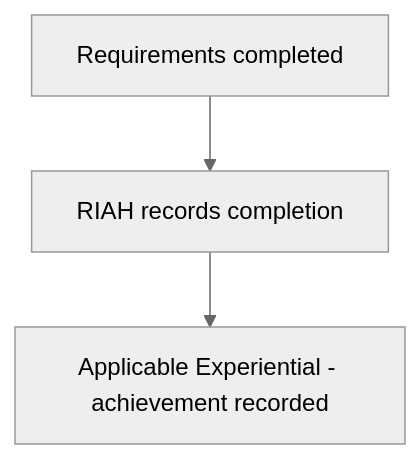
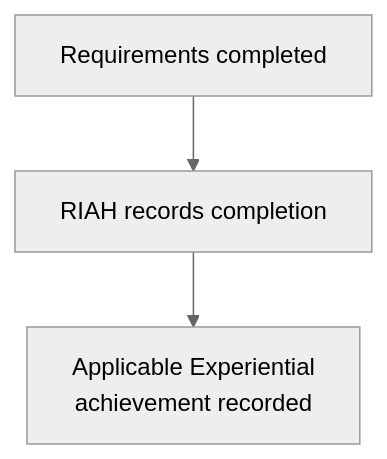
Before and after one commit to RIAHPathway/Website-Draft: the ninth of 18 diagrams in RIAH-PATHWAY-EXPERIENTIAL-STRUCTURE/EXPERIENTIAL-STRUCTURE.md, drawn with Mermaid (neutral theme). The commit also changed other lines of this file, not shown here.

Commit message:
Fix Mermaid rendering in experiential structure

````diff
--- a/RIAH-PATHWAY-EXPERIENTIAL-STRUCTURE/EXPERIENTIAL-STRUCTURE.md
+++ b/RIAH-PATHWAY-EXPERIENTIAL-STRUCTURE/EXPERIENTIAL-STRUCTURE.md
@@ -552,5 +552,5 @@
 ```mermaid
-flowchart TD
+graph TD
     A["Requirements completed"] --> B["RIAH records completion"]
-    B --> C["Applicable Experiential - achievement recorded"]
+    B --> C["Applicable Experiential<br/>achievement recorded"]
 ```
````
